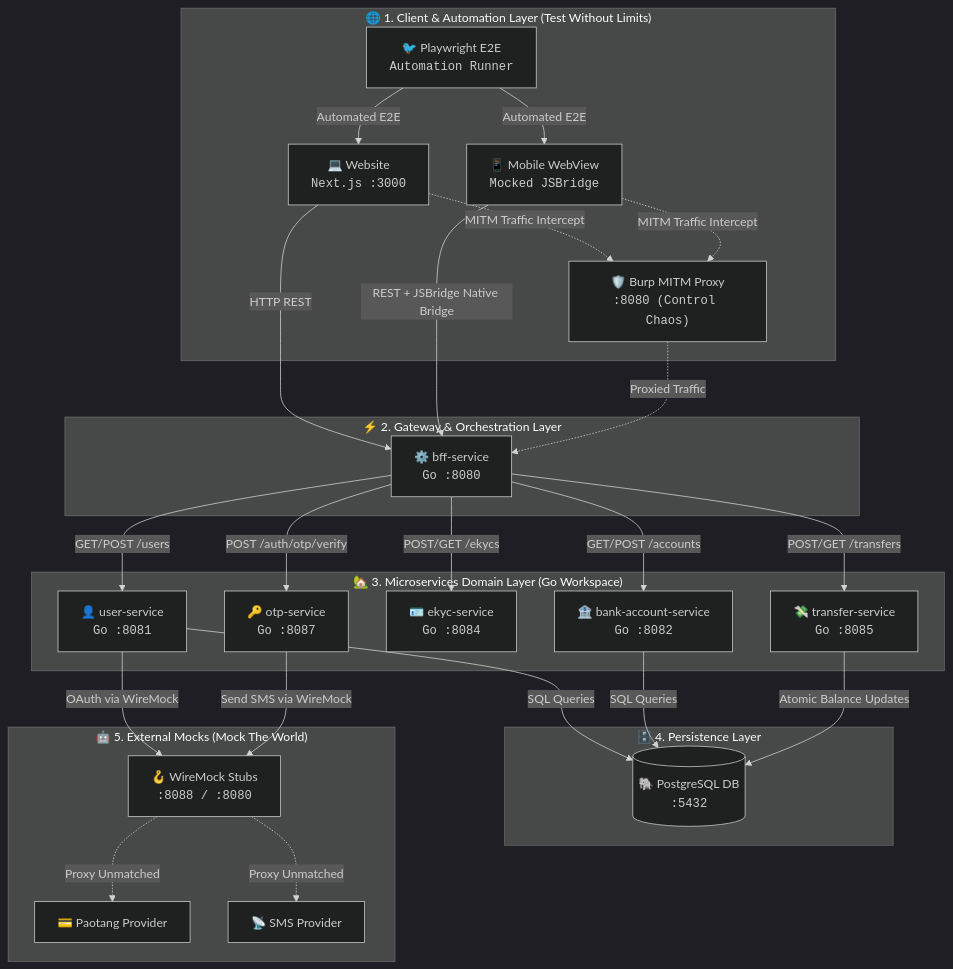
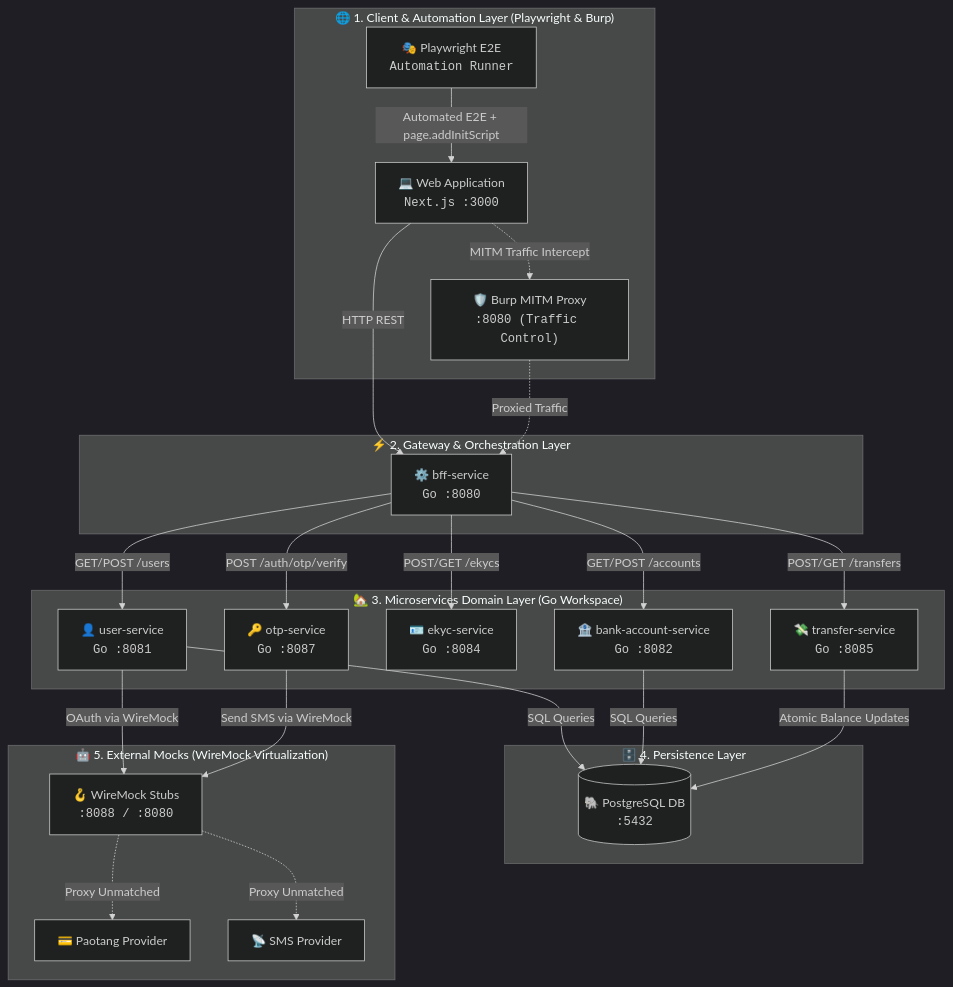
One commit to SiwakornSitti/ultra-smoooooth-testing changed the diagram in README.md. Above: the diagram before and after it, drawn with Mermaid (dark theme). The commit also changed 18 other files, not shown here.

Commit message:
refactor(slides): optimize 16:9 real estate, decouple core pillars, and remove mock-jsbridge service

````diff
--- a/README.md
+++ b/README.md
@@ -17,54 +17,50 @@
 ```mermaid
 flowchart TD
-    subgraph Clients["🌐 1. Client & Automation Layer (Test Without Limits)"]
-        Website["💻 Website<br/><code>Next.js :3000</code>"]
-        BridgeWebsite["📱 Mobile WebView<br/><code>Mocked JSBridge</code>"]
-        Playwright["🐦 Playwright E2E<br/><code>Automation Runner</code>"]
-        Burp["🛡️ Burp MITM Proxy<br/><code>:8080 (Control Chaos)</code>"]
+    subgraph Clients["🌐 1. Client & Automation Layer (Playwright & Burp)"]
+        Website["💻 Web Application<br/><code>Next.js :3000</code>"]
+        Playwright["🎭 Playwright E2E<br/><code>Automation Runner</code>"]
+        Burp["🛡️ Burp MITM Proxy<br/><code>:8080 (Traffic Control)</code>"]
     end
 
     subgraph API_Gateway["⚡ 2. Gateway & Orchestration Layer"]
         BFF["⚙️ bff-service<br/><code>Go :8080</code>"]
     end
 
     subgraph Core_Services["🏡 3. Microservices Domain Layer (Go Workspace)"]
         UserService["👤 user-service<br/><code>Go :8081</code>"]
         BankService["🏦 bank-account-service<br/><code>Go :8082</code>"]
         EKYCService["🪪 ekyc-service<br/><code>Go :8084</code>"]
         TransferService["💸 transfer-service<br/><code>Go :8085</code>"]
         OTPService["🔑 otp-service<br/><code>Go :8087</code>"]
     end
 
     subgraph Persistence["🗄️ 4. Persistence Layer"]
         DB[("🐘 PostgreSQL DB<br/><code>:5432</code>")]
     end
 
-    subgraph External_Mocks["🤖 5. External Mocks (Mock The World)"]
+    subgraph External_Mocks["🤖 5. External Mocks (WireMock Virtualization)"]
         WireMock["🪝 WireMock Stubs<br/><code>:8088 / :8080</code>"]
         PaotangProvider["💳 Paotang Provider"]
         SMSProvider["📡 SMS Provider"]
     end
 
     Website -->|HTTP REST| BFF
-    BridgeWebsite -->|REST + JSBridge Native Bridge| BFF
-    Playwright -->|Automated E2E| Website
-    Playwright -->|Automated E2E| BridgeWebsite
+    Playwright -->|Automated E2E + page.addInitScript| Website
     Website -.->|MITM Traffic Intercept| Burp
-    BridgeWebsite -.->|MITM Traffic Intercept| Burp
     Burp -.->|Proxied Traffic| BFF
 
     BFF -->|GET/POST /users| UserService
     BFF -->|GET/POST /accounts| BankService
     BFF -->|POST/GET /ekycs| EKYCService
     BFF -->|POST/GET /transfers| TransferService
     BFF -->|POST /auth/otp/verify| OTPService
 
     UserService -->|SQL Queries| DB
     BankService -->|SQL Queries| DB
     TransferService -->|Atomic Balance Updates| DB
 
     UserService -->|OAuth via WireMock| WireMock
     OTPService -->|Send SMS via WireMock| WireMock
     WireMock -.->|Proxy Unmatched| PaotangProvider
     WireMock -.->|Proxy Unmatched| SMSProvider
 ```
````
